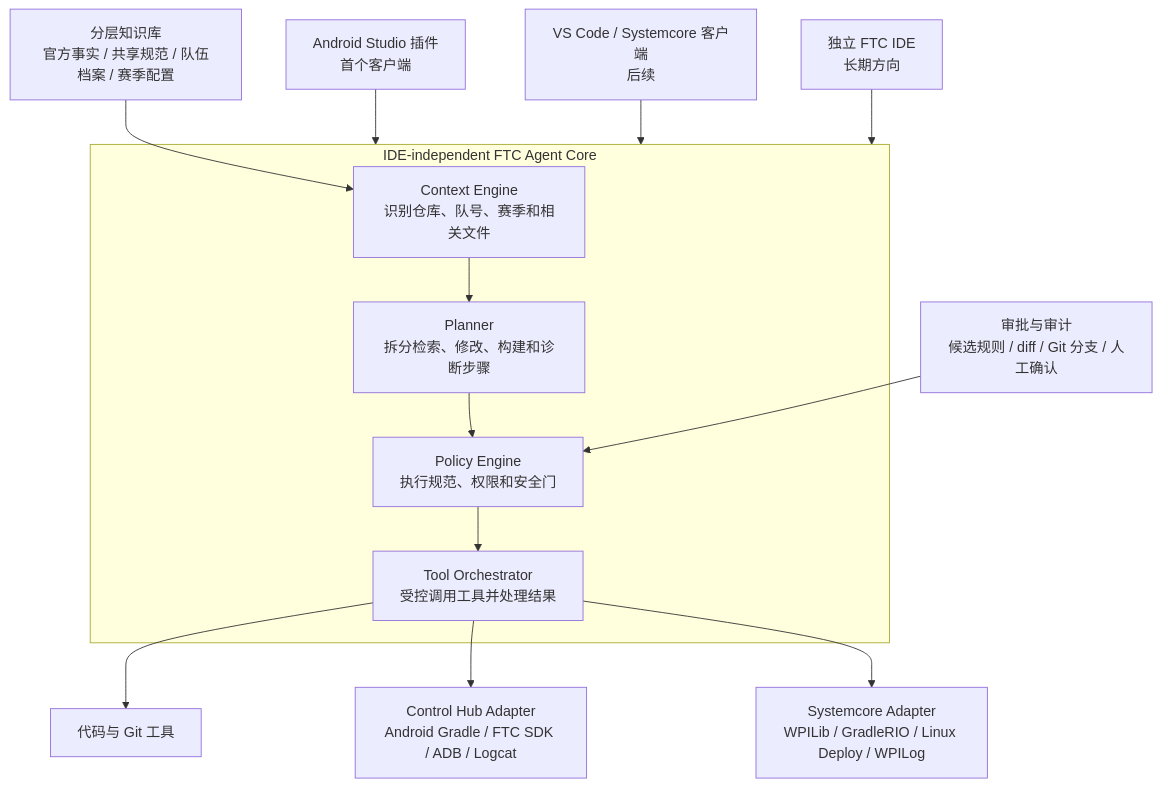
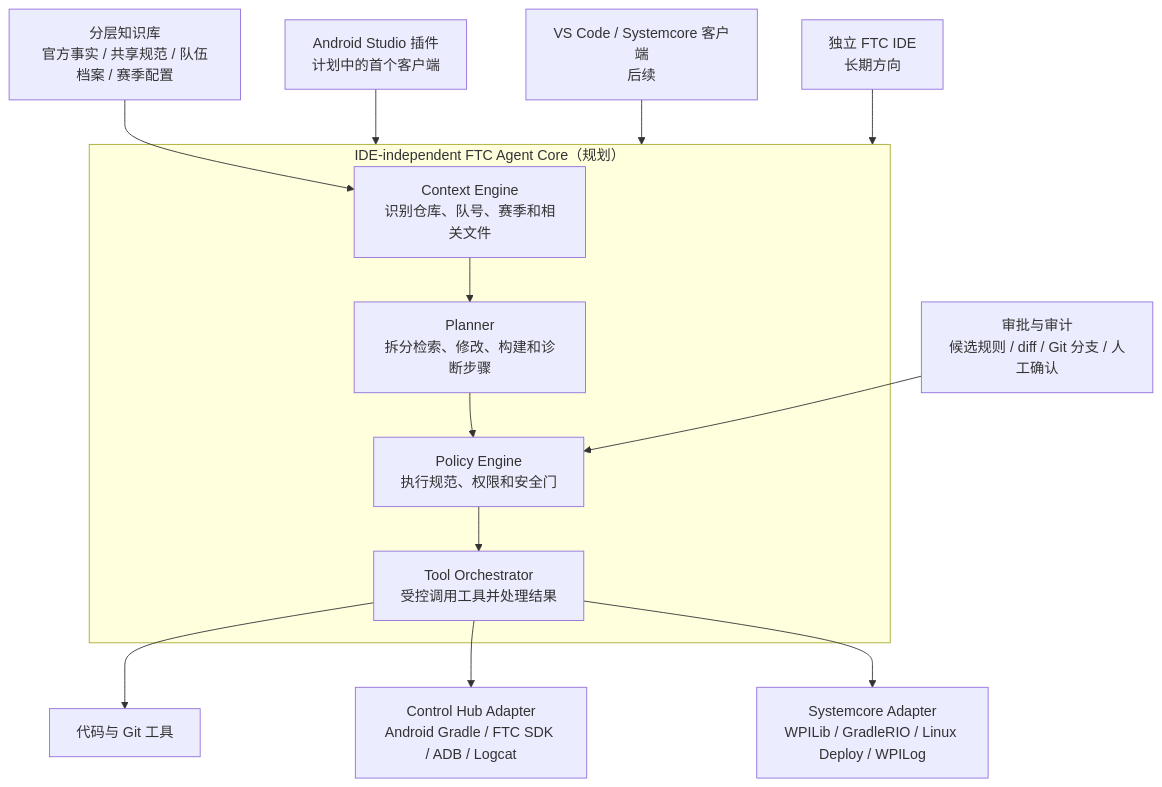
The diagram in README.md (lucasnotfound59/FTC-Knowledge-Bank), drawn with Mermaid before and after one commit. The commit also changed other lines of this file, not shown here.

Commit message:
docs: add Knowledge Core quick start and manual

````diff
--- a/README.md
+++ b/README.md
@@ -39,25 +400,25 @@
 ```mermaid
 flowchart TB
-    AS["Android Studio 插件<br/>首个客户端"]
+    AS["Android Studio 插件<br/>计划中的首个客户端"]
     VS["VS Code / Systemcore 客户端<br/>后续"]
     IDE["独立 FTC IDE<br/>长期方向"]
 
     AS --> CORE
     VS --> CORE
     IDE --> CORE
 
-    subgraph CORE["IDE-independent FTC Agent Core"]
+    subgraph CORE["IDE-independent FTC Agent Core（规划）"]
         CONTEXT["Context Engine<br/>识别仓库、队号、赛季和相关文件"]
         PLANNER["Planner<br/>拆分检索、修改、构建和诊断步骤"]
         POLICY["Policy Engine<br/>执行规范、权限和安全门"]
         ORCHESTRATOR["Tool Orchestrator<br/>受控调用工具并处理结果"]
         CONTEXT --> PLANNER --> POLICY --> ORCHESTRATOR
     end
 
     KB["分层知识库<br/>官方事实 / 共享规范 / 队伍档案 / 赛季配置"] --> CONTEXT
     APPROVAL["审批与审计<br/>候选规则 / diff / Git 分支 / 人工确认"] --> POLICY
 
     ORCHESTRATOR --> REPO["代码与 Git 工具"]
     ORCHESTRATOR --> LEGACY["Control Hub Adapter<br/>Android Gradle / FTC SDK / ADB / Logcat"]
     ORCHESTRATOR --> SYSTEMCORE["Systemcore Adapter<br/>WPILib / GradleRIO / Linux Deploy / WPILog"]
 ```
````
